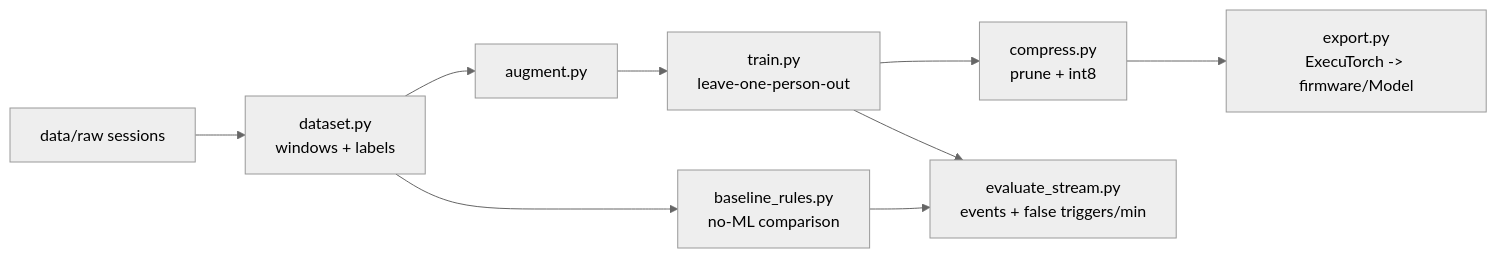
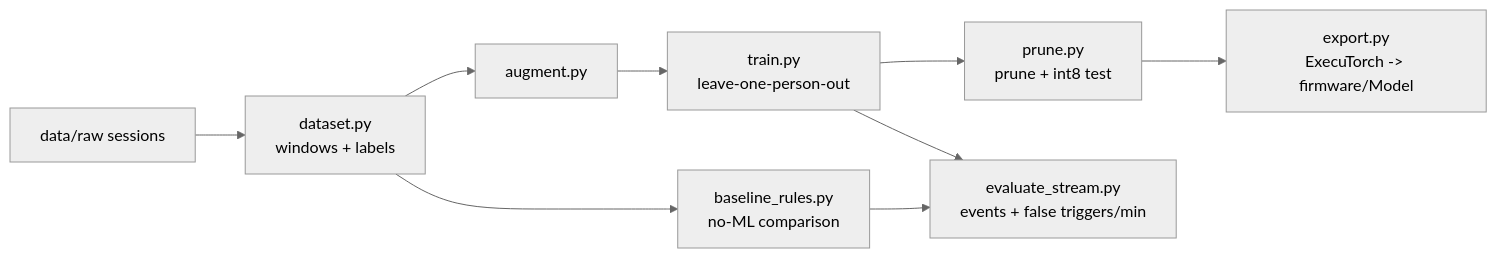
One commit to oliBrowne/swing-to-mine changed the diagram in training/README.md. Above: the diagram before and after it, drawn with Mermaid (neutral theme). The commit also changed other lines of this file and 12 other files, not shown here.

````diff
--- a/training/README.md
+++ b/training/README.md
@@ -24,11 +25,11 @@
 ```mermaid
 flowchart LR
     RAW["data/raw sessions"] --> DS["dataset.py<br/>windows + labels"]
     DS --> AUG["augment.py"]
     AUG --> TR["train.py<br/>leave-one-person-out"]
     DS --> BASE["baseline_rules.py<br/>no-ML comparison"]
-    TR --> CMP["compress.py<br/>prune + int8"]
+    TR --> CMP["prune.py<br/>prune + int8 test"]
     CMP --> EXP["export.py<br/>ExecuTorch -> firmware/Model"]
     TR --> EVAL["evaluate_stream.py<br/>events + false triggers/min"]
     BASE --> EVAL
 ```
````
